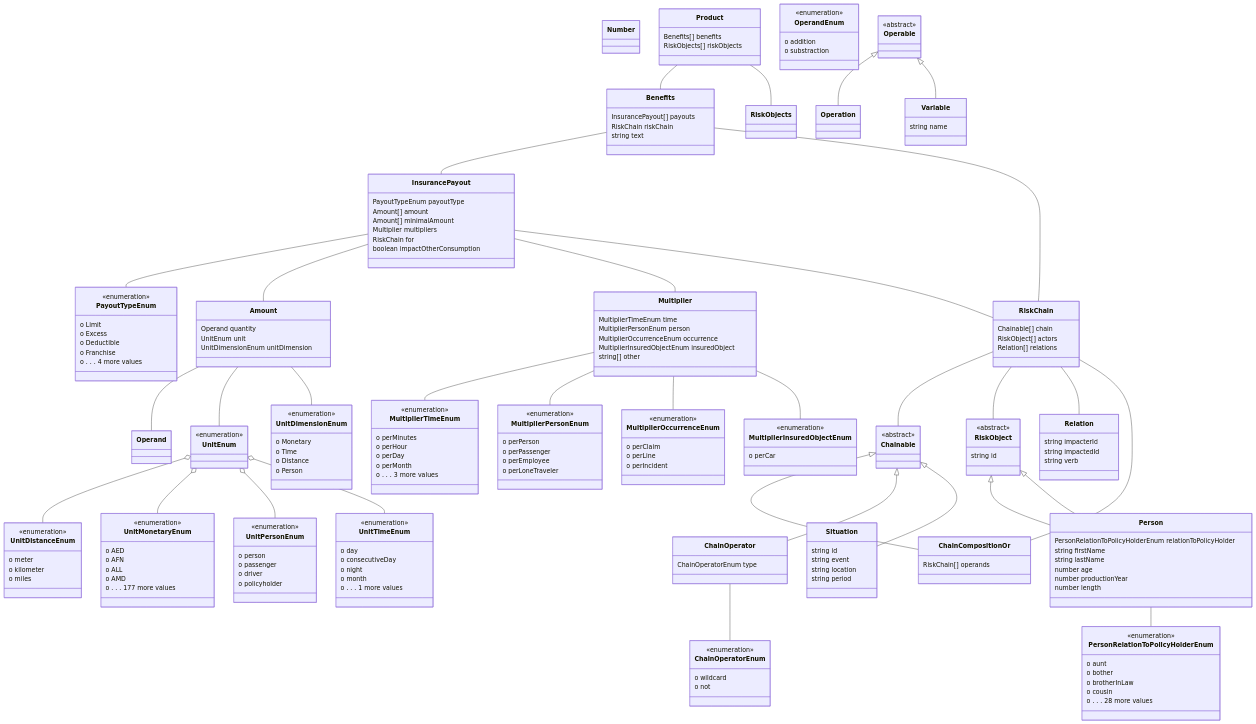
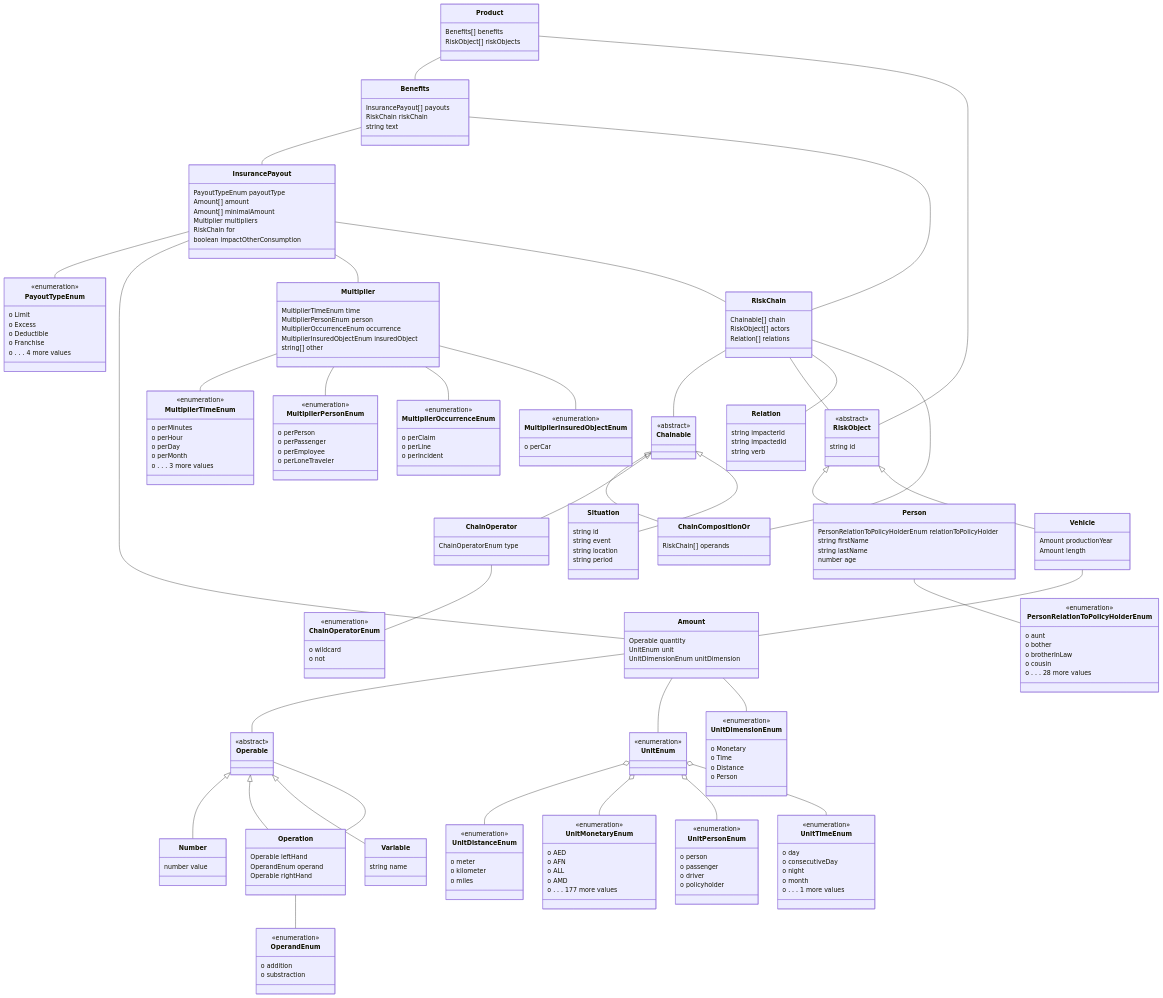
The diagram in datamodel-build/mermaid/diagram.mmd (codexstanford/Insurance-Payout-Ontology), drawn with Mermaid before and after one commit. The commit also changed 122 other files, not shown here.

Commit message:
Add a coherence/schema validation process. Fix some incoherences

```diff
--- a/datamodel-build/mermaid/diagram.mmd
+++ b/datamodel-build/mermaid/diagram.mmd
@@ -1,12 +1,12 @@
 classDiagram
-Amount -- Operand
+Amount -- Operable
 Amount -- UnitEnum
 Amount -- UnitDimensionEnum
 
 
 class Amount {
 
-  Operand quantity
+  Operable quantity
   UnitEnum unit
   UnitDimensionEnum unitDimension
 
@@ -122,8 +122,10 @@
 
 
 
+Operable <|-- Number
 class Number {
 
+  number value
 
 }
 
@@ -141,11 +143,16 @@
   o substraction
 }
 
+Operation -- Operable
+Operation -- OperandEnum
 
 
 Operable <|-- Operation
 class Operation {
 
+  Operable leftHand
+  OperandEnum operand
+  Operable rightHand
 
 }
 
@@ -159,13 +166,13 @@
 }
 
 Product -- Benefits
-Product -- RiskObjects
+Product -- RiskObject
 
 
 class Product {
 
   Benefits[] benefits
-  RiskObjects[] riskObjects
+  RiskObject[] riskObjects
 
 }
 
@@ -293,13 +300,14 @@
   o . . . 28 more values
 }
 
+Vehicle -- Amount
 
 
-RiskObject <|-- Person
-class Person {
+RiskObject <|-- Vehicle
+class Vehicle {
 
-  number productionYear
-  number length
+  Amount productionYear
+  Amount length
 
 }
 
```
